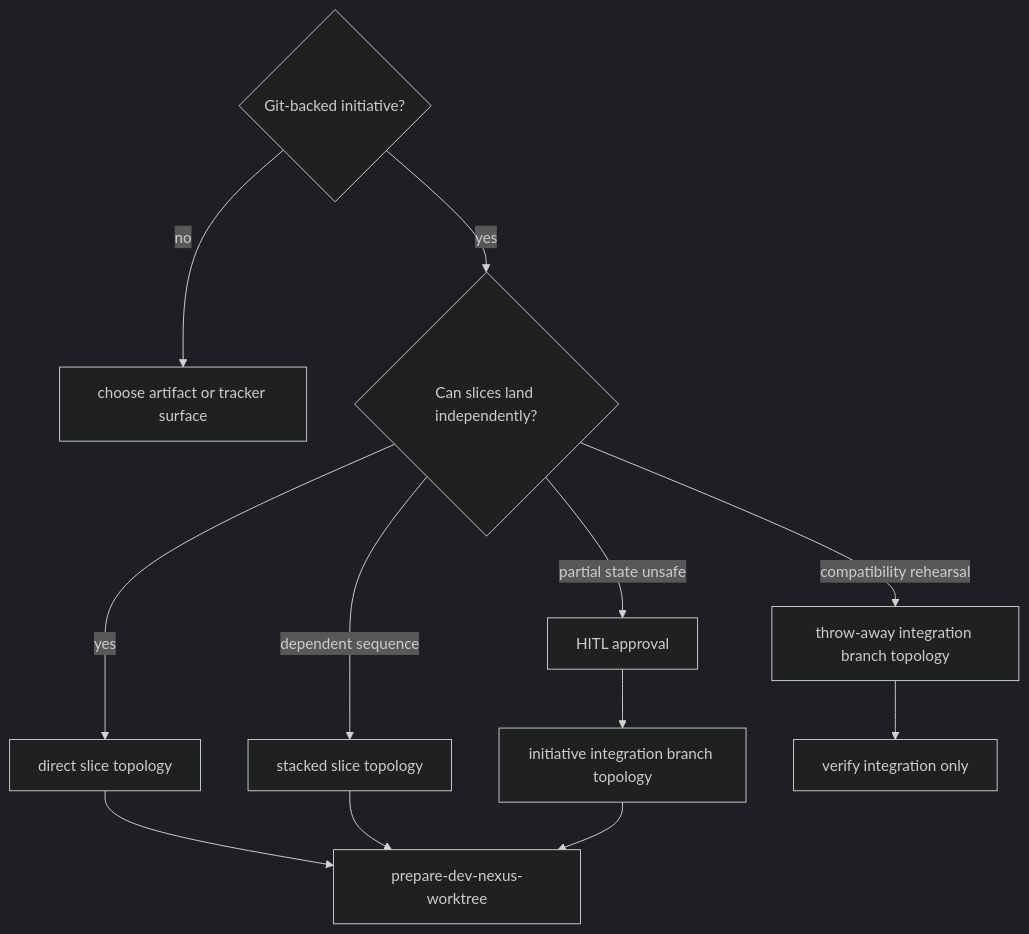
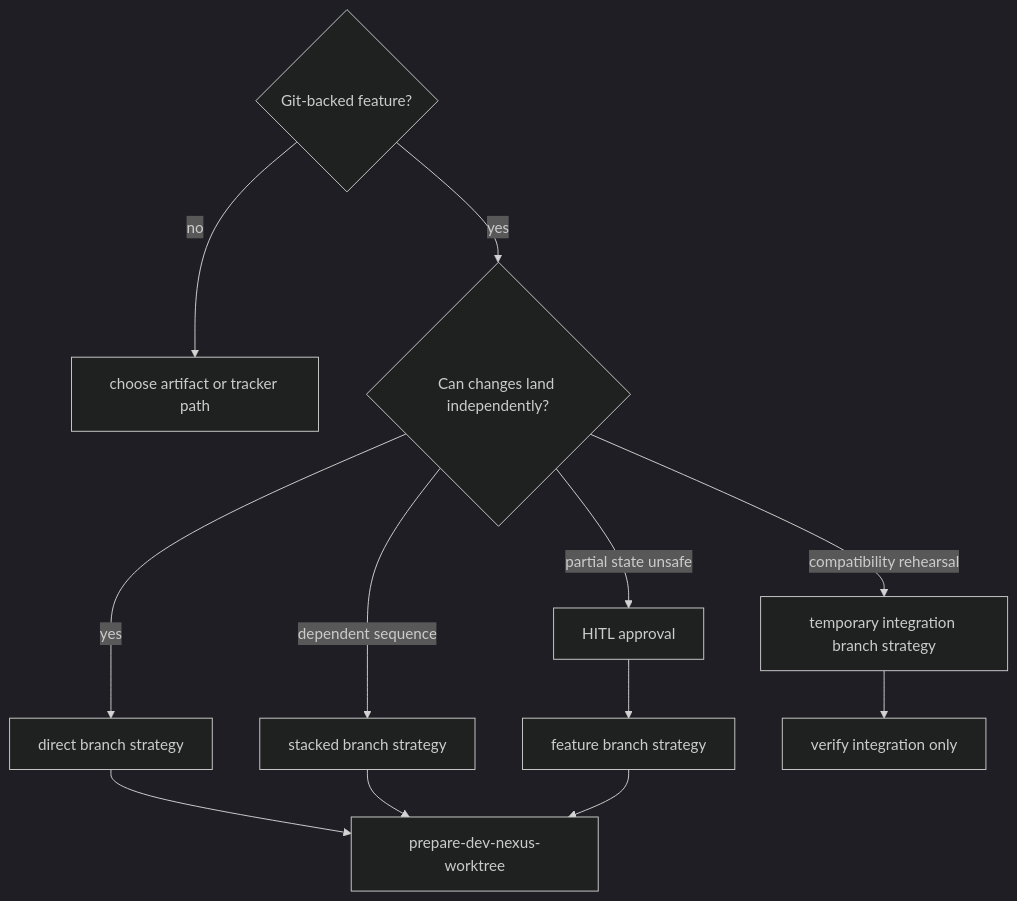
Before and after one commit to Evref-BL/DevNexus: the fourth of 9 diagrams in docs/user/skill-chains.md, drawn with Mermaid (dark theme). The commit also changed other lines of this file and 16 other files, not shown here.

Commit message:
docs: adopt feature branch vocabulary

````diff
--- a/docs/user/skill-chains.md
+++ b/docs/user/skill-chains.md
@@ -89,15 +90,15 @@
 ```mermaid
 flowchart TD
-  A{"Git-backed initiative?"}
-  A -->|"no"| Artifact["choose artifact or tracker surface"]
-  A -->|"yes"| B{"Can slices land independently?"}
-  B -->|"yes"| Direct["direct slice topology"]
-  B -->|"dependent sequence"| Stacked["stacked slice topology"]
+  A{"Git-backed feature?"}
+  A -->|"no"| Artifact["choose artifact or tracker path"]
+  A -->|"yes"| B{"Can changes land independently?"}
+  B -->|"yes"| Direct["direct branch strategy"]
+  B -->|"dependent sequence"| Stacked["stacked branch strategy"]
   B -->|"partial state unsafe"| Approval["HITL approval"]
-  Approval --> Initiative["initiative integration branch topology"]
-  B -->|"compatibility rehearsal"| Throwaway["throw-away integration branch topology"]
+  Approval --> Feature["feature branch strategy"]
+  B -->|"compatibility rehearsal"| Temporary["temporary integration branch strategy"]
   Direct --> Worktree["prepare-dev-nexus-worktree"]
   Stacked --> Worktree
-  Initiative --> Worktree
-  Throwaway --> Verify["verify integration only"]
+  Feature --> Worktree
+  Temporary --> Verify["verify integration only"]
 ```
````
